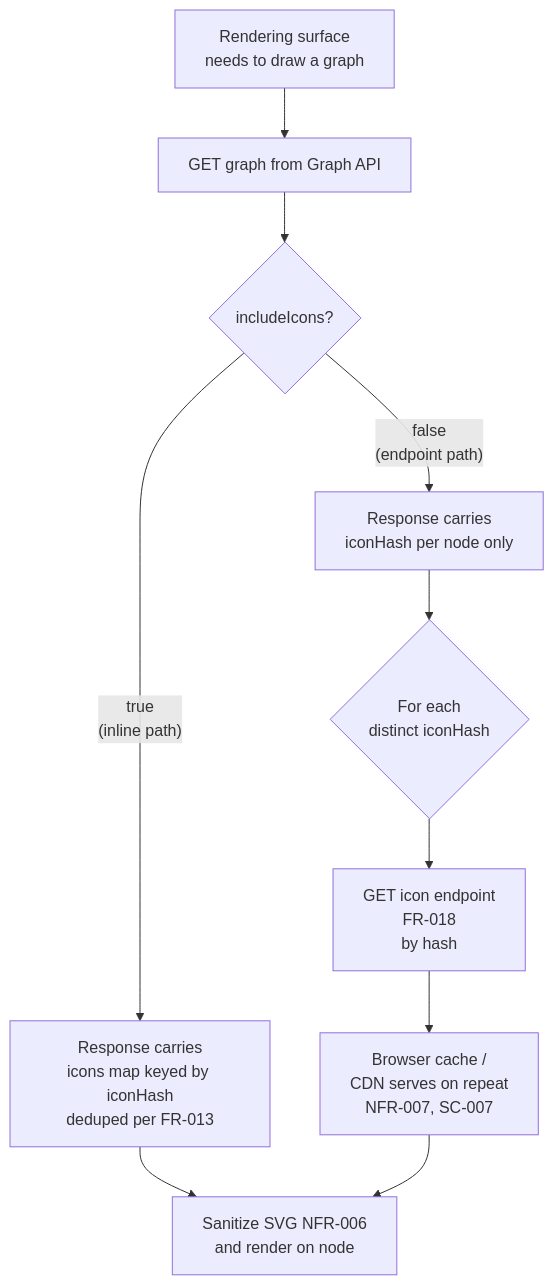
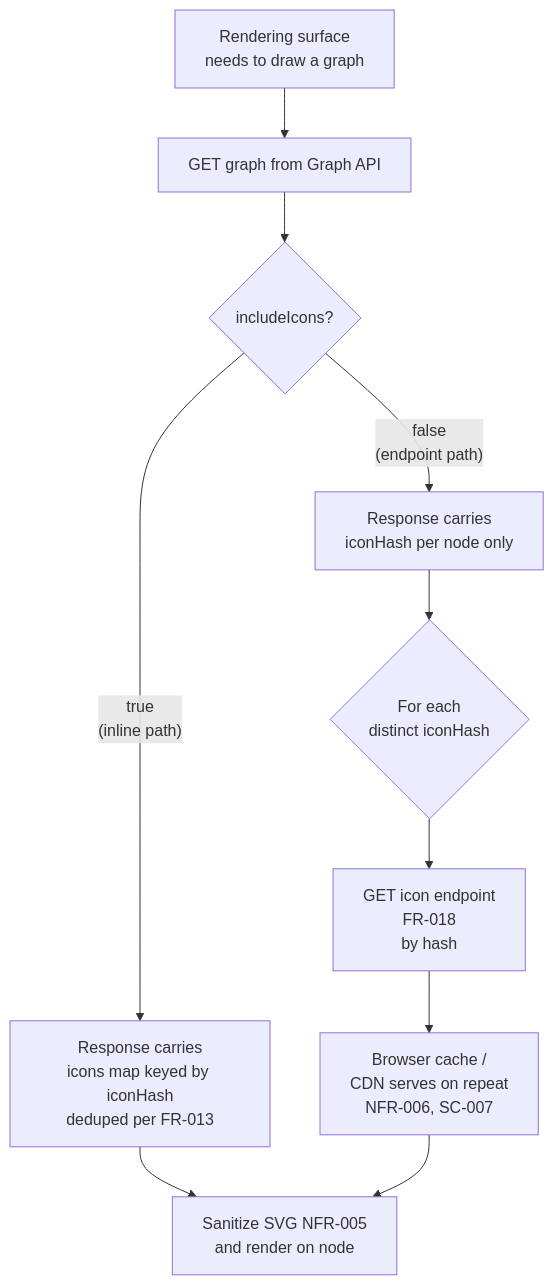
One commit to radius-project/radius changed the fourth of 4 diagrams in specs/003-resource-type-icons/spec.md. Above: the diagram before and after it, drawn with Mermaid. The commit also changed other lines of this file and 1 other file, not shown here.

````diff
--- a/specs/003-resource-type-icons/spec.md
+++ b/specs/003-resource-type-icons/spec.md
@@ -80,12 +84,12 @@
 ```mermaid
 flowchart TD
     R[Rendering surface<br/>needs to draw a graph] --> Req[GET graph from Graph API]
     Req --> Choose{includeIcons?}
     Choose -- "true<br/>(inline path)" --> Inline[Response carries<br/>icons map keyed by iconHash<br/>deduped per FR-013]
     Choose -- "false<br/>(endpoint path)" --> Hashes[Response carries<br/>iconHash per node only]
     Hashes --> PerHash{For each<br/>distinct iconHash}
     PerHash --> Fetch[GET icon endpoint<br/>FR-018<br/>by hash]
-    Fetch --> Cache[Browser cache /<br/>CDN serves on repeat<br/>NFR-007, SC-007]
-    Inline --> Render[Sanitize SVG NFR-006<br/>and render on node]
+    Fetch --> Cache[Browser cache /<br/>CDN serves on repeat<br/>NFR-006, SC-007]
+    Inline --> Render[Sanitize SVG NFR-005<br/>and render on node]
     Cache --> Render
 ```
````
